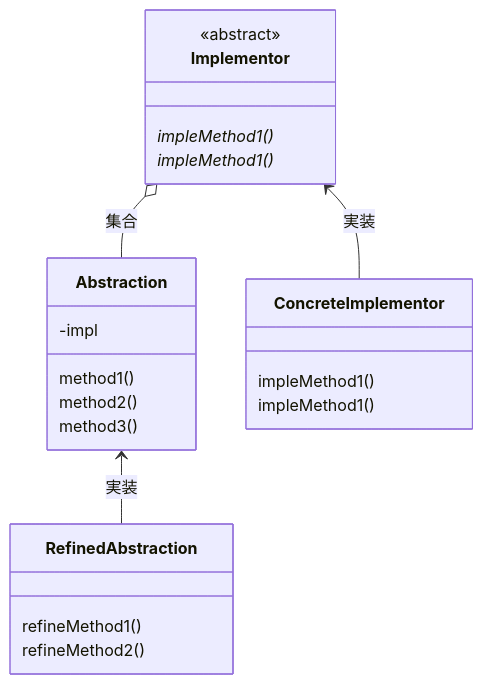
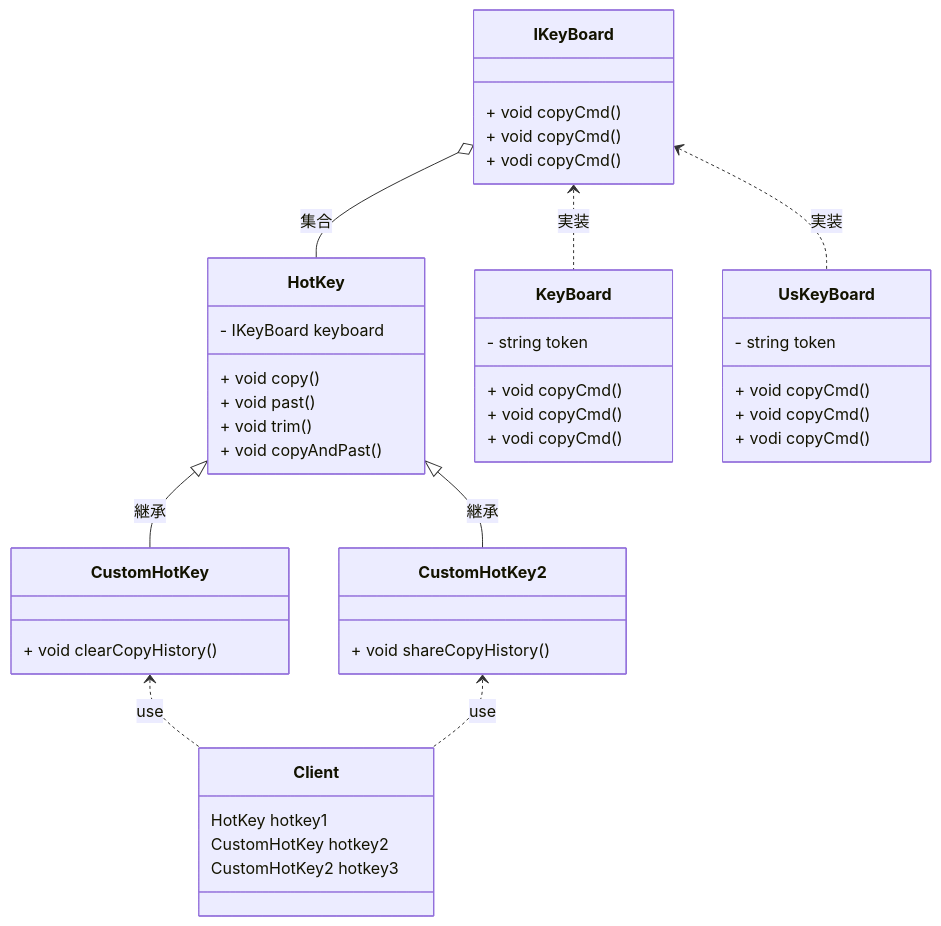
Before and after one commit to 0123takaokeita/design_patterns: the diagram in Bridge/README.md, drawn with Mermaid. The commit also changed other lines of this file, not shown here.

Commit message:
feat: class図の修正と説明を追記

````diff
--- a/Bridge/README.md
+++ b/Bridge/README.md
@@ -16,30 +30,55 @@
 ```mermaid
 classDiagram
-    Abstraction <-- RefinedAbstraction: 実装
-    Implementor o-- Abstraction : 集合
-    Implementor <-- ConcreteImplementor : 実装
+    HotKey        <|-- CustomHotKey  : 継承
+    HotKey        <|-- CustomHotKey2 : 継承
+    IKeyBoard     o--  HotKey        : 集合
+    IKeyBoard     <..  KeyBoard      : 実装
+    IKeyBoard     <..  UsKeyBoard    : 実装
+    CustomHotKey  <..  Client        : use
+    CustomHotKey2 <..  Client        : use
+
+    class Client {
+        HotKey hotkey1
+        CustomHotKey hotkey2
+        CustomHotKey2 hotkey3
+    }
+    
 
     %% 機能クラス
-    class Abstraction {
-        -impl
-        method1()
-        method2()
-        method3()
+    class HotKey {
+        - IKeyBoard keyboard
+        + void copy()
+        + void past()
+        + void trim()
+        + void copyAndPast()
     }
-    class RefinedAbstraction {
-        refineMethod1()
-        refineMethod2()
+
+    class CustomHotKey {
+        + void clearCopyHistory()
+    }
+
+    class CustomHotKey2 {
+        + void shareCopyHistory()
     }
 
     %% 実装クラス
-    class Implementor {
-        <<abstract>>
-        impleMethod1()*
-        impleMethod1()*
+    class IKeyBoard {
+        + void copyCmd()
+        + void copyCmd()
+        + vodi copyCmd()
     }
 
-    class ConcreteImplementor {
-        impleMethod1()
-        impleMethod1()
+    class KeyBoard {
+        - string token
+        + void copyCmd()
+        + void copyCmd()
+        + vodi copyCmd()
+    }
+
+    class UsKeyBoard {
+        - string token
+        + void copyCmd()
+        + void copyCmd()
+        + vodi copyCmd()
     }
 ```
````
